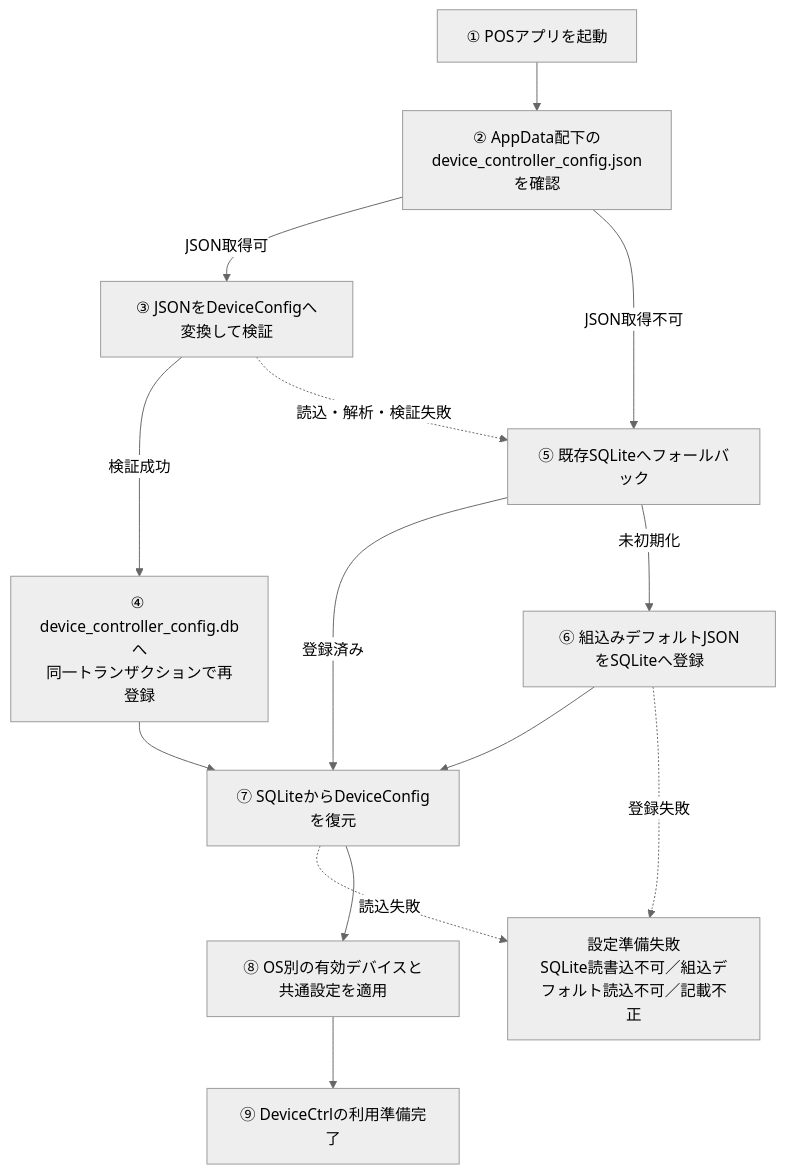
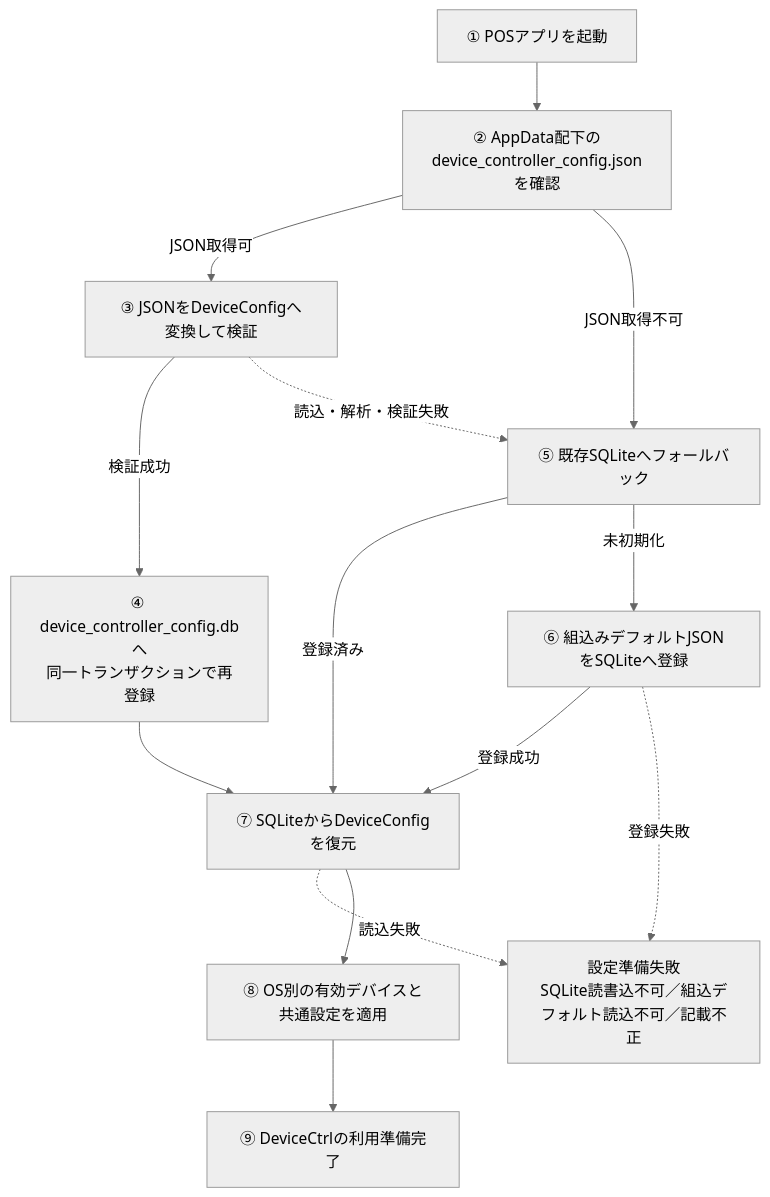
One commit to vti-sam/smj-ks-pos-stored changed the first of 2 diagrams in artifacts/reports/device-control/10_利用方法/設定ファイル記載要領_端末アプリ_デバイス制御/設定ファイル記載要領_端末アプリ_デバイス制御.md. Above: the diagram before and after it, drawn with Mermaid (neutral theme). The commit also changed other lines of this file and 40 other files, not shown here.

Commit message:
Update device control documents and editable diagrams

````diff
--- a/artifacts/reports/device-control/10_利用方法/設定ファイル記載要領_端末アプリ_デバイス制御/設定ファイル記載要領_端末アプリ_デバイス制御.md
+++ b/artifacts/reports/device-control/10_利用方法/設定ファイル記載要領_端末アプリ_デバイス制御/設定ファイル記載要領_端末アプリ_デバイス制御.md
@@ -183,26 +142,26 @@
 ```mermaid
 flowchart TB
     START["① POSアプリを起動"]
     CHECK["② AppData配下の<br/>device_controller_config.jsonを確認"]
     READ["③ JSONをDeviceConfigへ変換して検証"]
     STORE["④ device_controller_config.dbへ<br/>同一トランザクションで再登録"]
     FALLBACK["⑤ 既存SQLiteへフォールバック"]
     DEFAULT["⑥ 組込みデフォルトJSONをSQLiteへ登録"]
     LOAD["⑦ SQLiteからDeviceConfigを復元"]
     APPLY["⑧ OS別の有効デバイスと共通設定を適用"]
     READY["⑨ DeviceCtrlの利用準備完了"]
     ERROR["設定準備失敗<br/>SQLite読書込不可／組込デフォルト読込不可／記載不正"]
 
     START --> CHECK
     CHECK -->|JSON取得可| READ
     CHECK -->|JSON取得不可| FALLBACK
     READ -->|検証成功| STORE
     READ -.->|読込・解析・検証失敗| FALLBACK
     STORE --> LOAD
     FALLBACK -->|登録済み| LOAD
     FALLBACK -->|未初期化| DEFAULT
-    DEFAULT --> LOAD
+    DEFAULT -->|登録成功| LOAD
     DEFAULT -.->|登録失敗| ERROR
     LOAD -.->|読込失敗| ERROR
     LOAD --> APPLY --> READY
 ```
````
